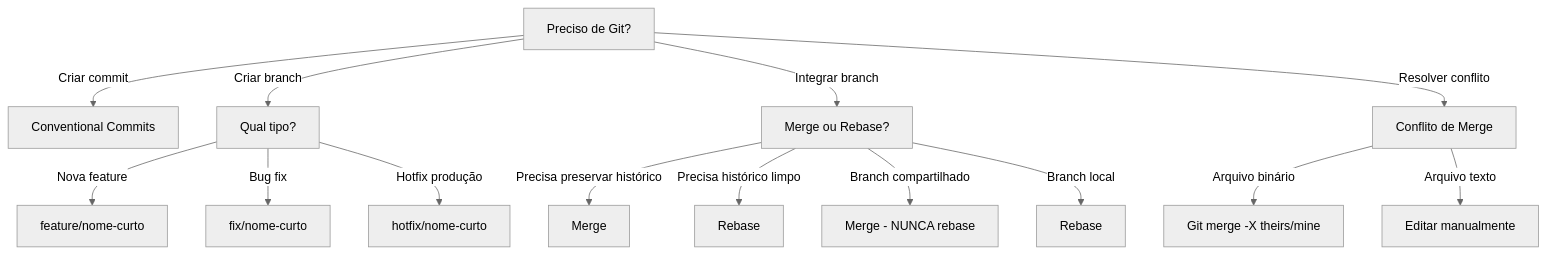
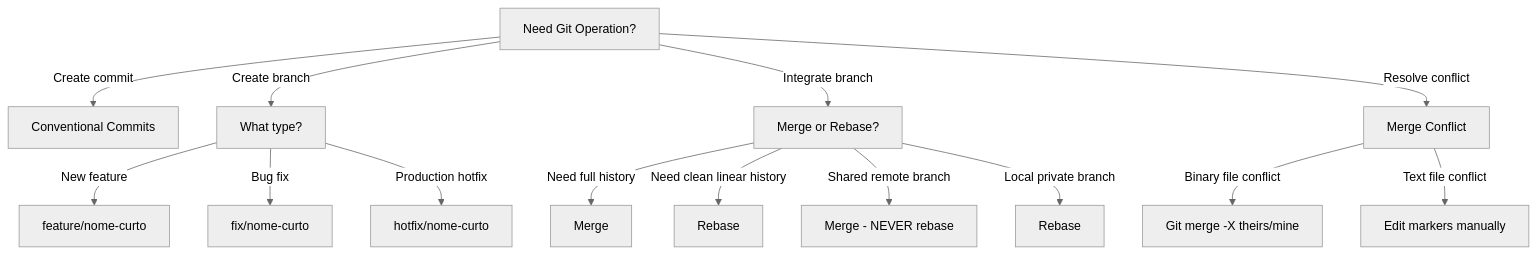
One commit to lscheffel/ignite-agents-skills changed the diagram in skills/git-workflow/SKILL.md. Above: the diagram before and after it, drawn with Mermaid (neutral theme). The commit also changed other lines of this file and 306 other files, not shown here.

````diff
--- a/skills/git-workflow/SKILL.md
+++ b/skills/git-workflow/SKILL.md
@@ -61,16 +61,16 @@
 ```mermaid
 graph TD
-    A[Preciso de Git?] -->|Criar commit| B[Conventional Commits]
-    A -->|Criar branch| C[Qual tipo?]
-    C -->|Nova feature| D[feature/nome-curto]
+    A[Need Git Operation?] -->|Create commit| B[Conventional Commits]
+    A -->|Create branch| C[What type?]
+    C -->|New feature| D[feature/nome-curto]
     C -->|Bug fix| E[fix/nome-curto]
-    C -->|Hotfix produção| F[hotfix/nome-curto]
-    A -->|Integrar branch| G[Merge ou Rebase?]
-    G -->|Precisa preservar histórico| H[Merge]
-    G -->|Precisa histórico limpo| I[Rebase]
-    G -->|Branch compartilhado| J[Merge - NUNCA rebase]
-    G -->|Branch local| K[Rebase]
-    A -->|Resolver conflito| L[Conflito de Merge]
-    L -->|Arquivo binário| M[Git merge -X theirs/mine]
-    L -->|Arquivo texto| N[Editar manualmente]
+    C -->|Production hotfix| F[hotfix/nome-curto]
+    A -->|Integrate branch| G[Merge or Rebase?]
+    G -->|Need full history| H[Merge]
+    G -->|Need clean linear history| I[Rebase]
+    G -->|Shared remote branch| J[Merge - NEVER rebase]
+    G -->|Local private branch| K[Rebase]
+    A -->|Resolve conflict| L[Merge Conflict]
+    L -->|Binary file conflict| M[Git merge -X theirs/mine]
+    L -->|Text file conflict| N[Edit markers manually]
 ```
````
